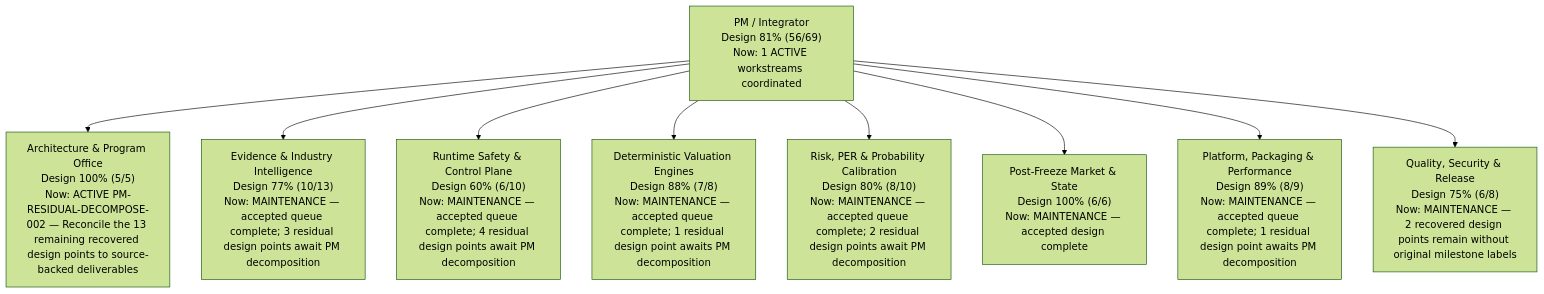
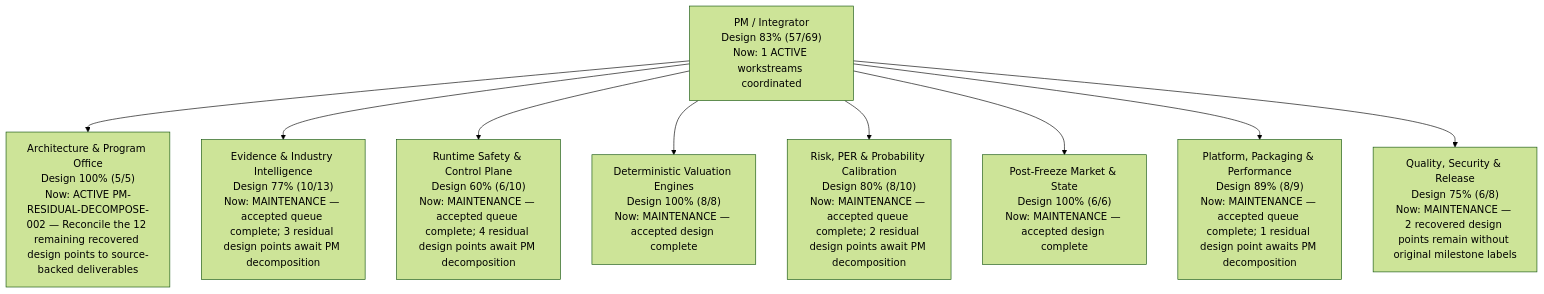
The diagram in PROJECT_STATUS.md (newwonwoo/valuation), drawn with Mermaid (forest theme) before and after one commit. The commit also changed other lines of this file, not shown here.

Commit message:
Regenerate PM status after valuation acceptance

````diff
--- a/PROJECT_STATUS.md
+++ b/PROJECT_STATUS.md
@@ -24,12 +24,12 @@
 ```mermaid
 flowchart TB
-  PM["PM / Integrator<br/>Design 81% (56/69)<br/>Now: 1 ACTIVE workstreams coordinated"]
-  PM --> PMO["Architecture & Program Office<br/>Design 100% (5/5)<br/>Now: ACTIVE PM-RESIDUAL-DECOMPOSE-002 — Reconcile the 13 remaining recovered design points to source-backed deliverables"]
+  PM["PM / Integrator<br/>Design 83% (57/69)<br/>Now: 1 ACTIVE workstreams coordinated"]
+  PM --> PMO["Architecture & Program Office<br/>Design 100% (5/5)<br/>Now: ACTIVE PM-RESIDUAL-DECOMPOSE-002 — Reconcile the 12 remaining recovered design points to source-backed deliverables"]
   PM --> EVIDENCE["Evidence & Industry Intelligence<br/>Design 77% (10/13)<br/>Now: MAINTENANCE — accepted queue complete; 3 residual design points await PM decomposition"]
   PM --> RUNTIME["Runtime Safety & Control Plane<br/>Design 60% (6/10)<br/>Now: MAINTENANCE — accepted queue complete; 4 residual design points await PM decomposition"]
-  PM --> VALUATION["Deterministic Valuation Engines<br/>Design 88% (7/8)<br/>Now: MAINTENANCE — accepted queue complete; 1 residual design point awaits PM decomposition"]
+  PM --> VALUATION["Deterministic Valuation Engines<br/>Design 100% (8/8)<br/>Now: MAINTENANCE — accepted design complete"]
   PM --> CALIBRATION["Risk, PER & Probability Calibration<br/>Design 80% (8/10)<br/>Now: MAINTENANCE — accepted queue complete; 2 residual design points await PM decomposition"]
   PM --> POST_FREEZE["Post-Freeze Market & State<br/>Design 100% (6/6)<br/>Now: MAINTENANCE — accepted design complete"]
   PM --> PLATFORM["Platform, Packaging & Performance<br/>Design 89% (8/9)<br/>Now: MAINTENANCE — accepted queue complete; 1 residual design point awaits PM decomposition"]
   PM --> QA_RELEASE["Quality, Security & Release<br/>Design 75% (6/8)<br/>Now: MAINTENANCE — 2 recovered design points remain without original milestone labels"]
 ```
````
